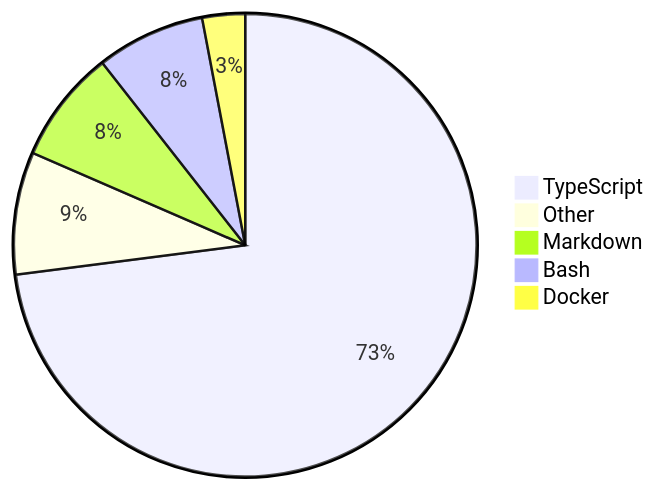
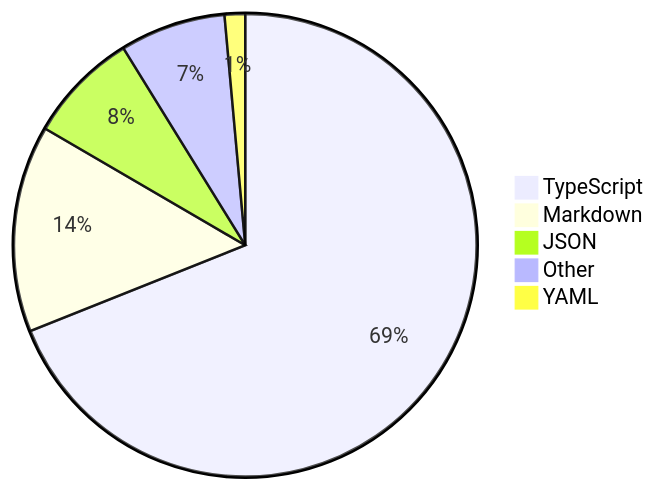
The diagram in README.md (skvggor/skvggor), drawn with Mermaid before and after one commit.

Commit message:
Updated waka-readme graph with new metrics

````diff
--- a/README.md
+++ b/README.md
@@ -16,8 +16,8 @@
 ```mermaid
 pie
-    "TypeScript" : 68.3
-    "Other" : 8.0
-    "Markdown" : 7.4
-    "Bash" : 7.1
-    "Docker" : 2.8
+    "TypeScript" : 67.3
+    "Markdown" : 14.1
+    "JSON" : 7.6
+    "Other" : 7.2
+    "YAML" : 1.4
 ```
````
